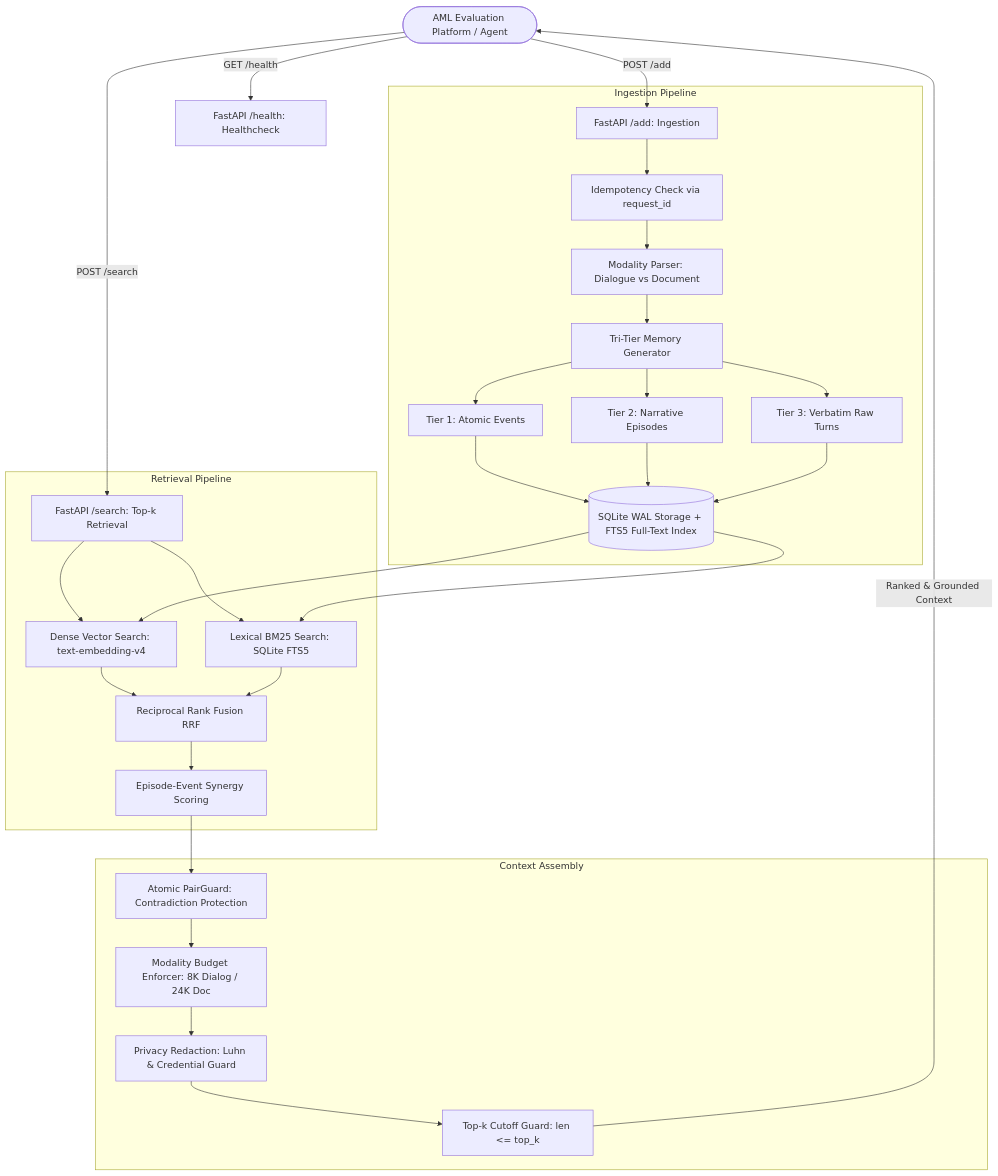
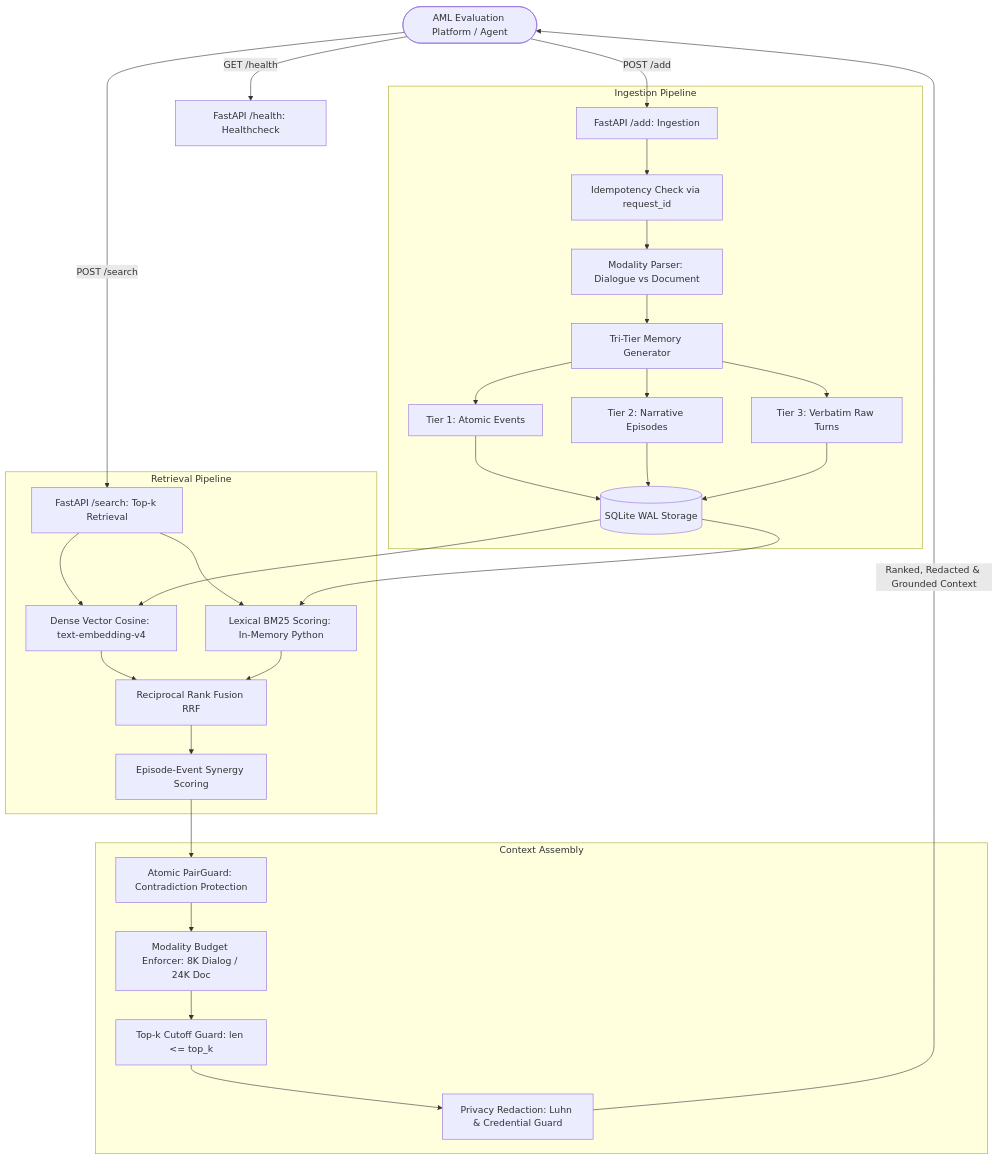
The diagram in README.md (jianminYa/e2mem-aml-public), drawn with Mermaid before and after one commit. The commit also changed other lines of this file and 11 other files, not shown here.

````diff
--- a/README.md
+++ b/README.md
@@ -54,33 +55,33 @@
 ```mermaid
 flowchart TD
     User([AML Evaluation Platform / Agent]) -->|POST /add| API_Add[FastAPI /add: Ingestion]
     User -->|POST /search| API_Search[FastAPI /search: Top-k Retrieval]
     User -->|GET /health| API_Health[FastAPI /health: Healthcheck]
 
     subgraph Ingestion Pipeline
         API_Add --> Ingest[Idempotency Check via request_id]
         Ingest --> Splitter[Modality Parser: Dialogue vs Document]
         Splitter --> TriTier[Tri-Tier Memory Generator]
         TriTier --> EV[Tier 1: Atomic Events]
         TriTier --> EP[Tier 2: Narrative Episodes]
         TriTier --> RAW[Tier 3: Verbatim Raw Turns]
-        EV & EP & RAW --> SQLite[(SQLite WAL Storage + FTS5 Full-Text Index)]
+        EV & EP & RAW --> SQLite[(SQLite WAL Storage)]
     end
 
     subgraph Retrieval Pipeline
-        API_Search --> Dense[Dense Vector Search: text-embedding-v4]
-        API_Search --> Lexical[Lexical BM25 Search: SQLite FTS5]
+        API_Search --> Dense[Dense Vector Cosine: text-embedding-v4]
+        API_Search --> Lexical[Lexical BM25 Scoring: In-Memory Python]
         SQLite --> Dense & Lexical
         Dense & Lexical --> RRF[Reciprocal Rank Fusion RRF]
         RRF --> Synergy[Episode-Event Synergy Scoring]
     end
 
     subgraph Context Assembly
         Synergy --> PairGuard[Atomic PairGuard: Contradiction Protection]
         PairGuard --> Budget[Modality Budget Enforcer: 8K Dialog / 24K Doc]
-        Budget --> Redact[Privacy Redaction: Luhn & Credential Guard]
-        Redact --> TopK[Top-k Cutoff Guard: len <= top_k]
+        Budget --> TopK[Top-k Cutoff Guard: len <= top_k]
+        TopK --> Redact[Privacy Redaction: Luhn & Credential Guard]
     end
 
-    TopK -->|Ranked & Grounded Context| User
+    Redact -->|Ranked, Redacted & Grounded Context| User
 ```
````
